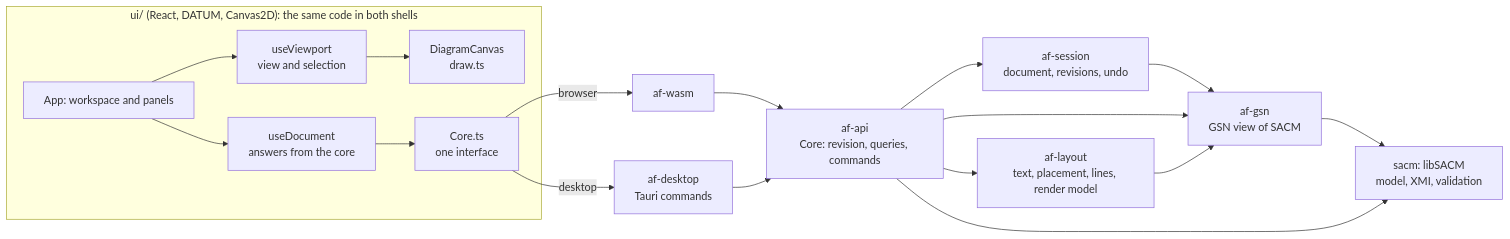
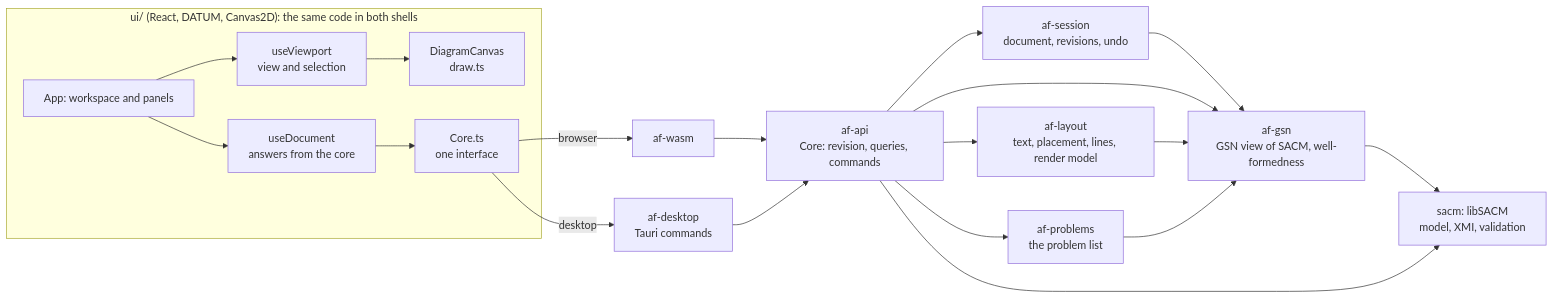
One commit to lasrod/assurance-forge changed the first of 3 diagrams in ARCHITECTURE.md. Above: the diagram before and after it, drawn with Mermaid. The commit also changed other lines of this file and 30 other files, not shown here.

First line of the commit message:
List the case's problems in the Problems panel

````diff
--- a/ARCHITECTURE.md
+++ b/ARCHITECTURE.md
@@ -49,20 +55,22 @@
 ```mermaid
 flowchart LR
     subgraph frontend["ui/ (React, DATUM, Canvas2D): the same code in both shells"]
         app[App: workspace and panels] --> view[useViewport<br/>view and selection]
         app --> doc[useDocument<br/>answers from the core]
         view --> canvas[DiagramCanvas<br/>draw.ts]
         doc --> core[Core.ts<br/>one interface]
     end
     core -->|browser| wasm[af-wasm]
     core -->|desktop| desktop[af-desktop<br/>Tauri commands]
     wasm --> api[af-api<br/>Core: revision, queries, commands]
     desktop --> api
     api --> session[af-session<br/>document, revisions, undo]
     session --> gsn
     api --> layout[af-layout<br/>text, placement, lines, render model]
-    api --> gsn[af-gsn<br/>GSN view of SACM]
+    api --> problems[af-problems<br/>the problem list]
+    api --> gsn[af-gsn<br/>GSN view of SACM, well-formedness]
     layout --> gsn
+    problems --> gsn
     gsn --> sacm[sacm: libSACM<br/>model, XMI, validation]
     api --> sacm
 ```
````
